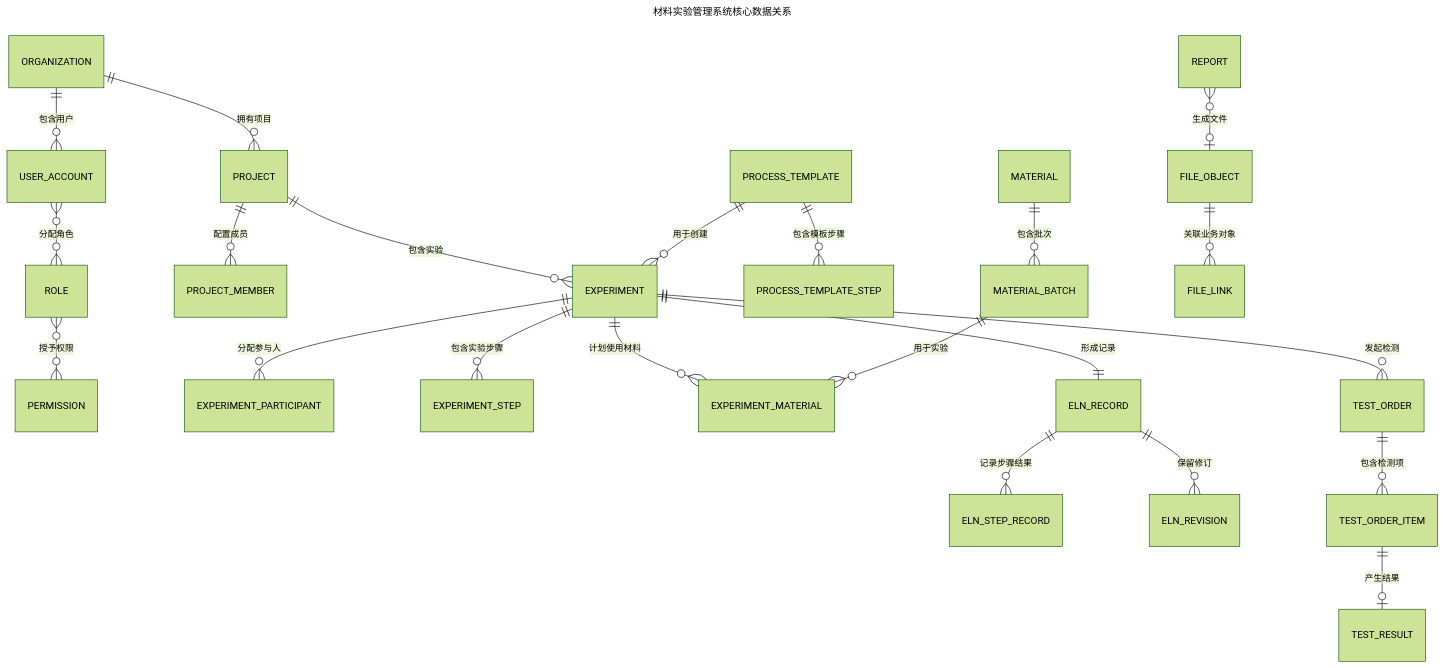
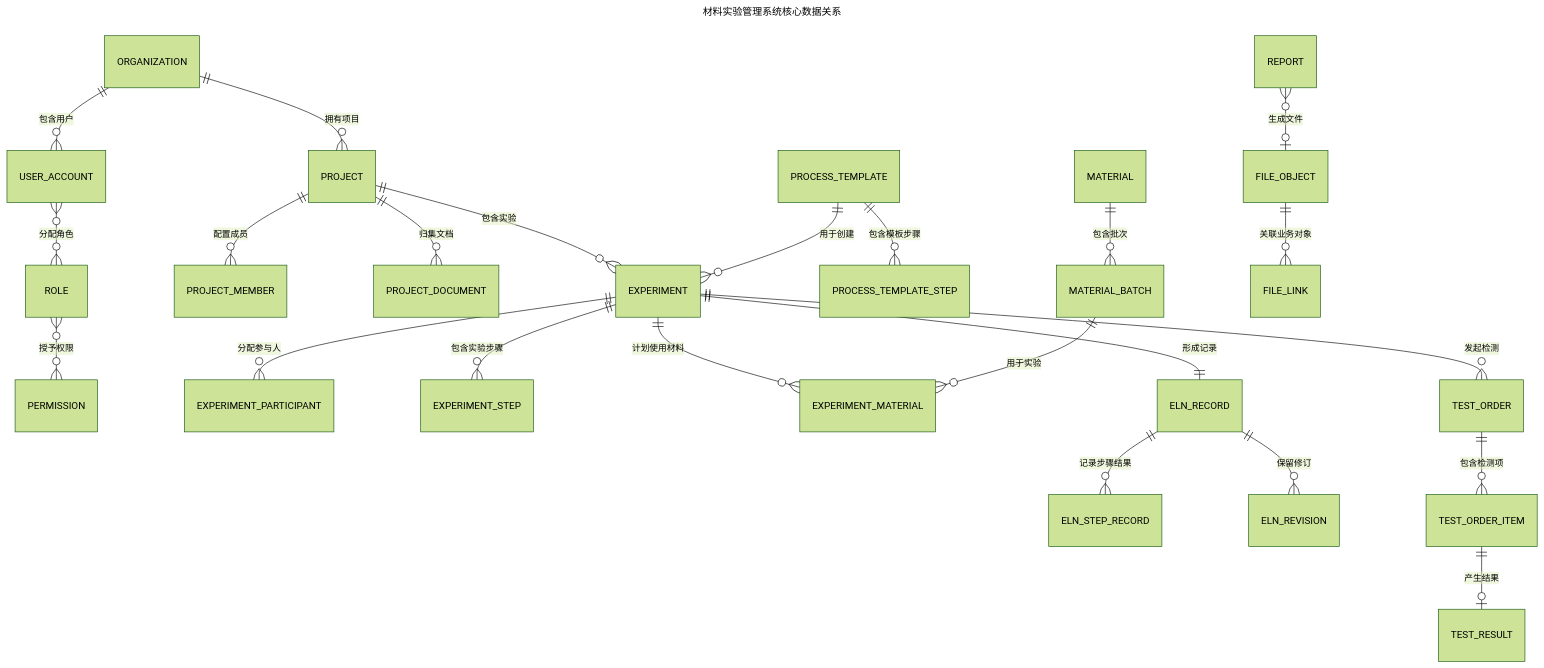
The diagram in docs/06-data-model-and-dictionary.md (bujiuzhi/labAssistant), drawn with Mermaid (forest theme) before and after one commit. The commit also changed other lines of this file and 32 other files, not shown here.

````diff
--- a/docs/06-data-model-and-dictionary.md
+++ b/docs/06-data-model-and-dictionary.md
@@ -35,27 +35,28 @@
 ```mermaid
 ---
 title: 材料实验管理系统核心数据关系
 ---
 erDiagram
     ORGANIZATION ||--o{ USER_ACCOUNT : "包含用户"
     USER_ACCOUNT }o--o{ ROLE : "分配角色"
     ROLE }o--o{ PERMISSION : "授予权限"
     ORGANIZATION ||--o{ PROJECT : "拥有项目"
     PROJECT ||--o{ PROJECT_MEMBER : "配置成员"
+    PROJECT ||--o{ PROJECT_DOCUMENT : "归集文档"
     PROJECT ||--o{ EXPERIMENT : "包含实验"
     EXPERIMENT ||--o{ EXPERIMENT_PARTICIPANT : "分配参与人"
     PROCESS_TEMPLATE ||--o{ PROCESS_TEMPLATE_STEP : "包含模板步骤"
     PROCESS_TEMPLATE ||--o{ EXPERIMENT : "用于创建"
     EXPERIMENT ||--o{ EXPERIMENT_STEP : "包含实验步骤"
     EXPERIMENT ||--o{ EXPERIMENT_MATERIAL : "计划使用材料"
     MATERIAL ||--o{ MATERIAL_BATCH : "包含批次"
     MATERIAL_BATCH ||--o{ EXPERIMENT_MATERIAL : "用于实验"
     EXPERIMENT ||--|| ELN_RECORD : "形成记录"
     ELN_RECORD ||--o{ ELN_STEP_RECORD : "记录步骤结果"
     ELN_RECORD ||--o{ ELN_REVISION : "保留修订"
     EXPERIMENT ||--o{ TEST_ORDER : "发起检测"
     TEST_ORDER ||--o{ TEST_ORDER_ITEM : "包含检测项"
     TEST_ORDER_ITEM ||--o| TEST_RESULT : "产生结果"
     REPORT }o--o| FILE_OBJECT : "生成文件"
     FILE_OBJECT ||--o{ FILE_LINK : "关联业务对象"
 ```
````
